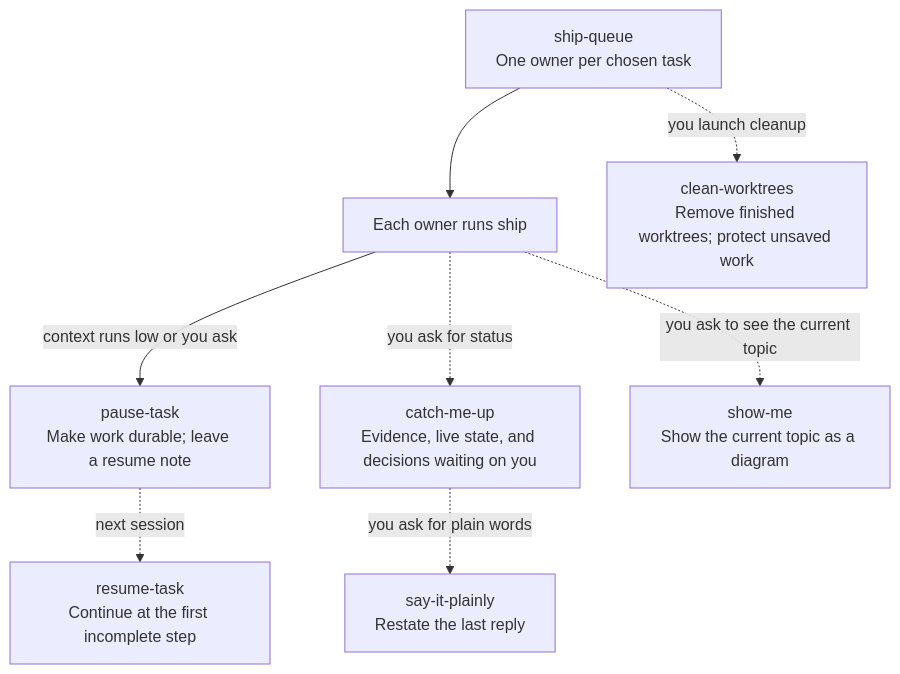
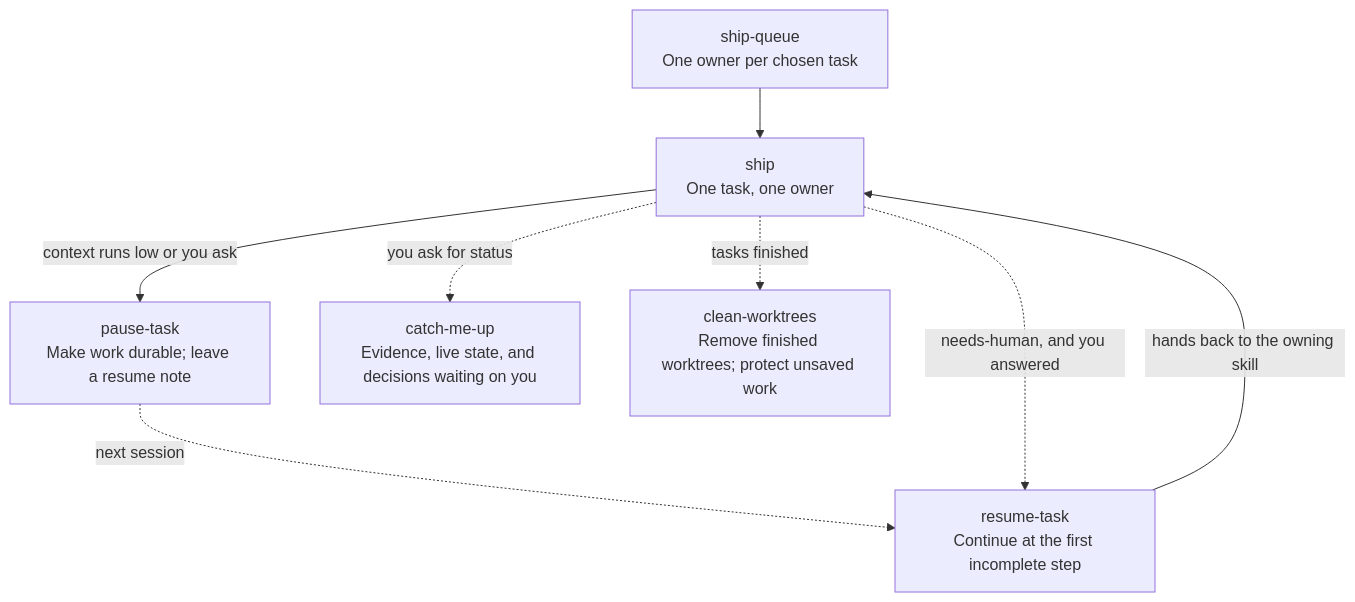
The seventh of 9 diagrams in skills/README.md (Ilian-Allaf/skillstack), drawn with Mermaid before and after one commit. The commit also changed other lines of this file and 1 other file, not shown here.

First line of the commit message:
Bring the map's diagrams in line with the skills

````diff
--- a/skills/README.md
+++ b/skills/README.md
@@ -282,18 +291,16 @@
 ```mermaid
 flowchart TB
     queue["ship-queue<br/>One owner per chosen task"]
-    owners["Each owner runs ship"]
+    owners["ship<br/>One task, one owner"]
     pause["pause-task<br/>Make work durable; leave a resume note"]
     resume["resume-task<br/>Continue at the first incomplete step"]
     catchup["catch-me-up<br/>Evidence, live state, and decisions waiting on you"]
-    plain["say-it-plainly<br/>Restate the last reply"]
-    showme["show-me<br/>Show the current topic as a diagram"]
     cleanwt["clean-worktrees<br/>Remove finished worktrees; protect unsaved work"]
     queue --> owners
     owners -->|context runs low or you ask| pause
     pause -.->|next session| resume
+    owners -.->|needs-human, and you answered| resume
+    resume -->|hands back to the owning skill| owners
     owners -.->|you ask for status| catchup
-    catchup -.->|you ask for plain words| plain
-    owners -.->|you ask to see the current topic| showme
-    queue -.->|you launch cleanup| cleanwt
+    owners -.->|tasks finished| cleanwt
 ```
````
